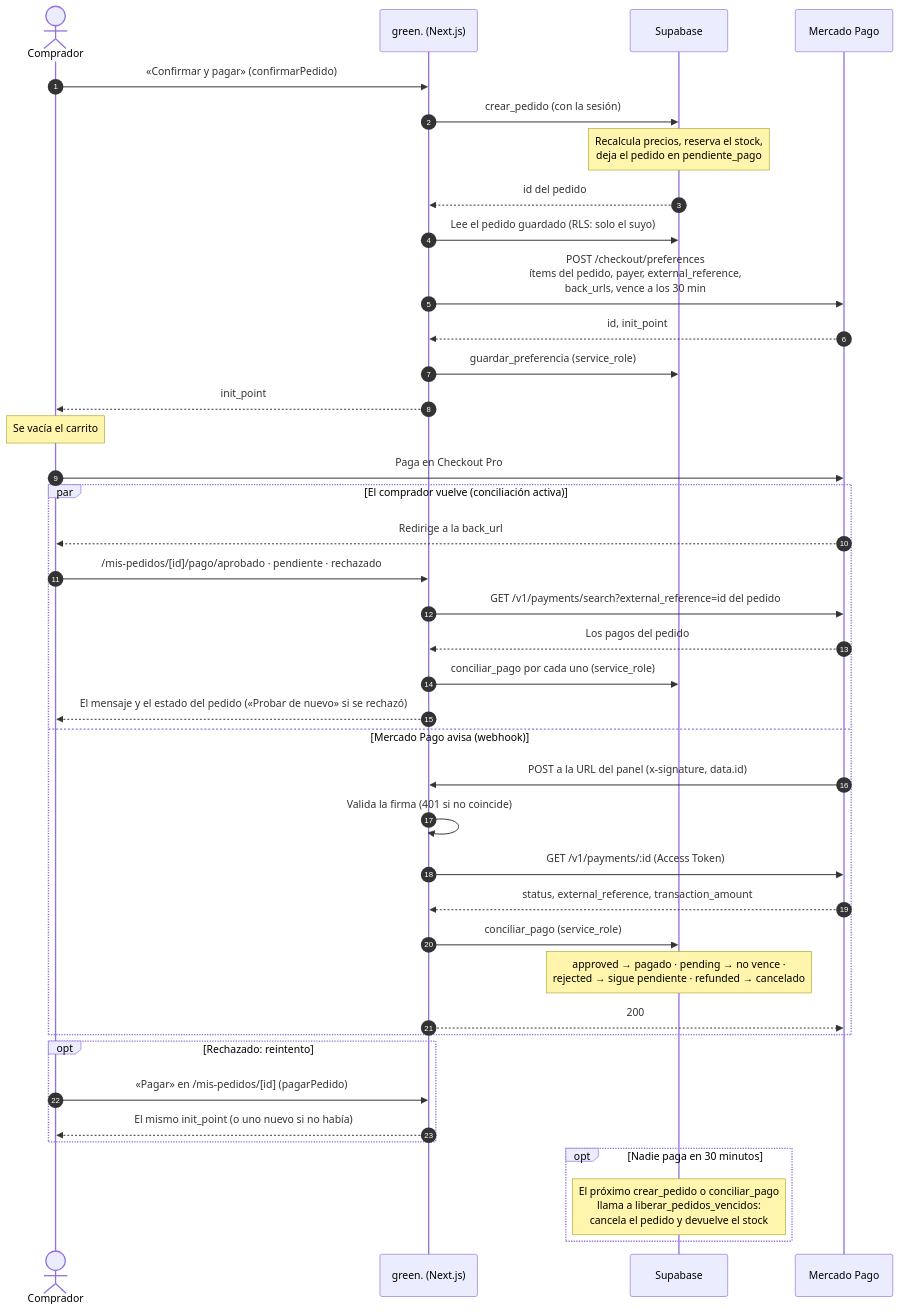
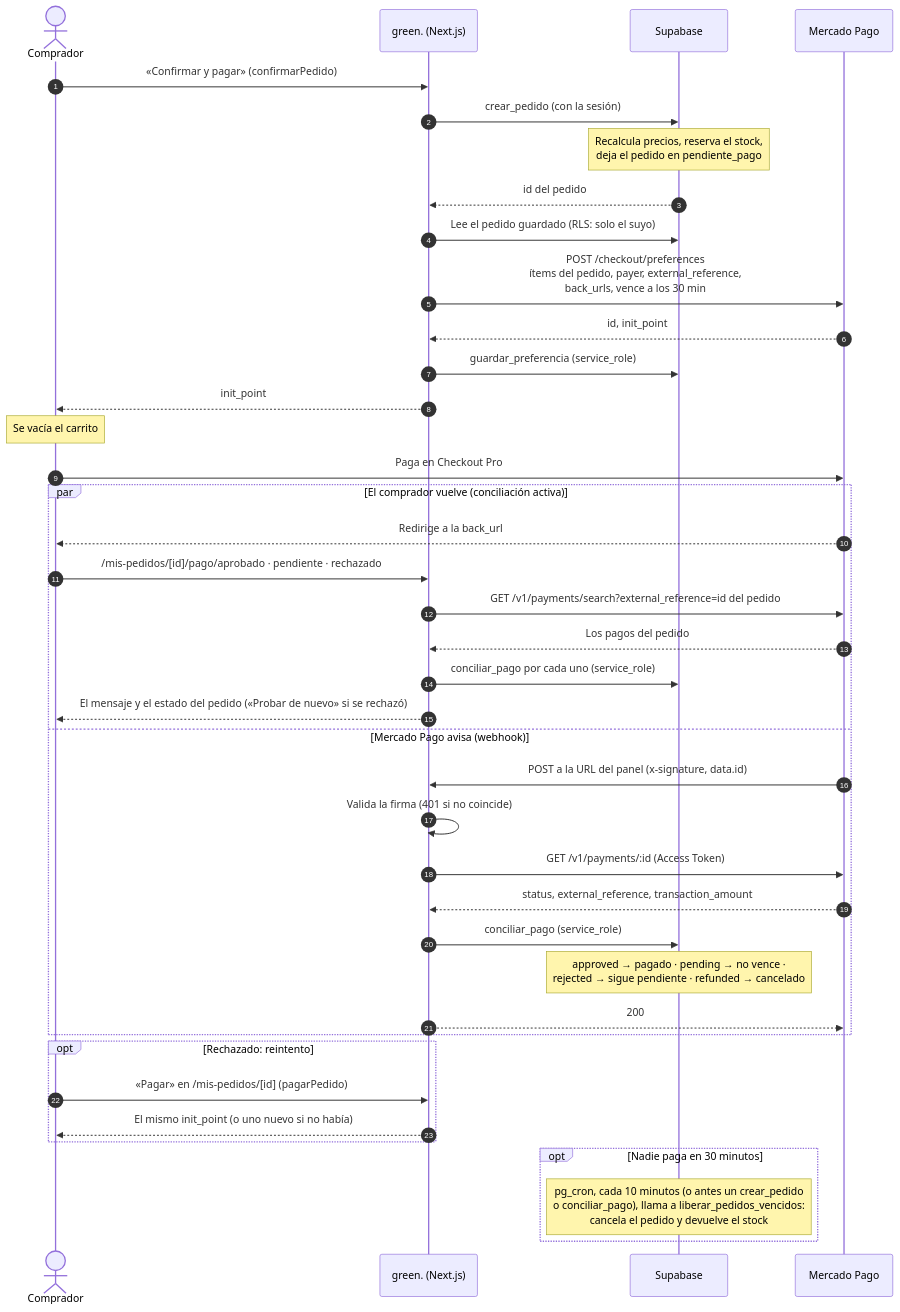
Before and after one commit to alanfvidela-wq/green-tenis: the first of 2 diagrams in docs/API.md, drawn with Mermaid. The commit also changed other lines of this file and 4 other files, not shown here.

First line of the commit message:
Pedidos vencidos: liberar_pedidos_vencidos con pg_cron cada 10 minutos

````diff
--- a/docs/API.md
+++ b/docs/API.md
@@ -1217,46 +1219,46 @@
 ```mermaid
 sequenceDiagram
   autonumber
   actor C as Comprador
   participant G as green. (Next.js)
   participant S as Supabase
   participant MP as Mercado Pago
 
   C->>G: «Confirmar y pagar» (confirmarPedido)
   G->>S: crear_pedido (con la sesión)
   Note over S: Recalcula precios, reserva el stock,<br/>deja el pedido en pendiente_pago
   S-->>G: id del pedido
   G->>S: Lee el pedido guardado (RLS: solo el suyo)
   G->>MP: POST /checkout/preferences<br/>ítems del pedido, payer, external_reference,<br/>back_urls, vence a los 30 min
   MP-->>G: id, init_point
   G->>S: guardar_preferencia (service_role)
   G-->>C: init_point
   Note over C: Se vacía el carrito
   C->>MP: Paga en Checkout Pro
 
   par El comprador vuelve (conciliación activa)
     MP-->>C: Redirige a la back_url
     C->>G: /mis-pedidos/[id]/pago/aprobado · pendiente · rechazado
     G->>MP: GET /v1/payments/search?external_reference=id del pedido
     MP-->>G: Los pagos del pedido
     G->>S: conciliar_pago por cada uno (service_role)
     G-->>C: El mensaje y el estado del pedido («Probar de nuevo» si se rechazó)
   and Mercado Pago avisa (webhook)
     MP->>G: POST a la URL del panel (x-signature, data.id)
     G->>G: Valida la firma (401 si no coincide)
     G->>MP: GET /v1/payments/:id (Access Token)
     MP-->>G: status, external_reference, transaction_amount
     G->>S: conciliar_pago (service_role)
     Note over S: approved → pagado · pending → no vence ·<br/>rejected → sigue pendiente · refunded → cancelado
     G-->>MP: 200
   end
 
   opt Rechazado: reintento
     C->>G: «Pagar» en /mis-pedidos/[id] (pagarPedido)
     G-->>C: El mismo init_point (o uno nuevo si no había)
   end
 
   opt Nadie paga en 30 minutos
-    Note over S: El próximo crear_pedido o conciliar_pago<br/>llama a liberar_pedidos_vencidos:<br/>cancela el pedido y devuelve el stock
+    Note over S: pg_cron, cada 10 minutos (o antes un crear_pedido<br/>o conciliar_pago), llama a liberar_pedidos_vencidos:<br/>cancela el pedido y devuelve el stock
   end
 ```
````
